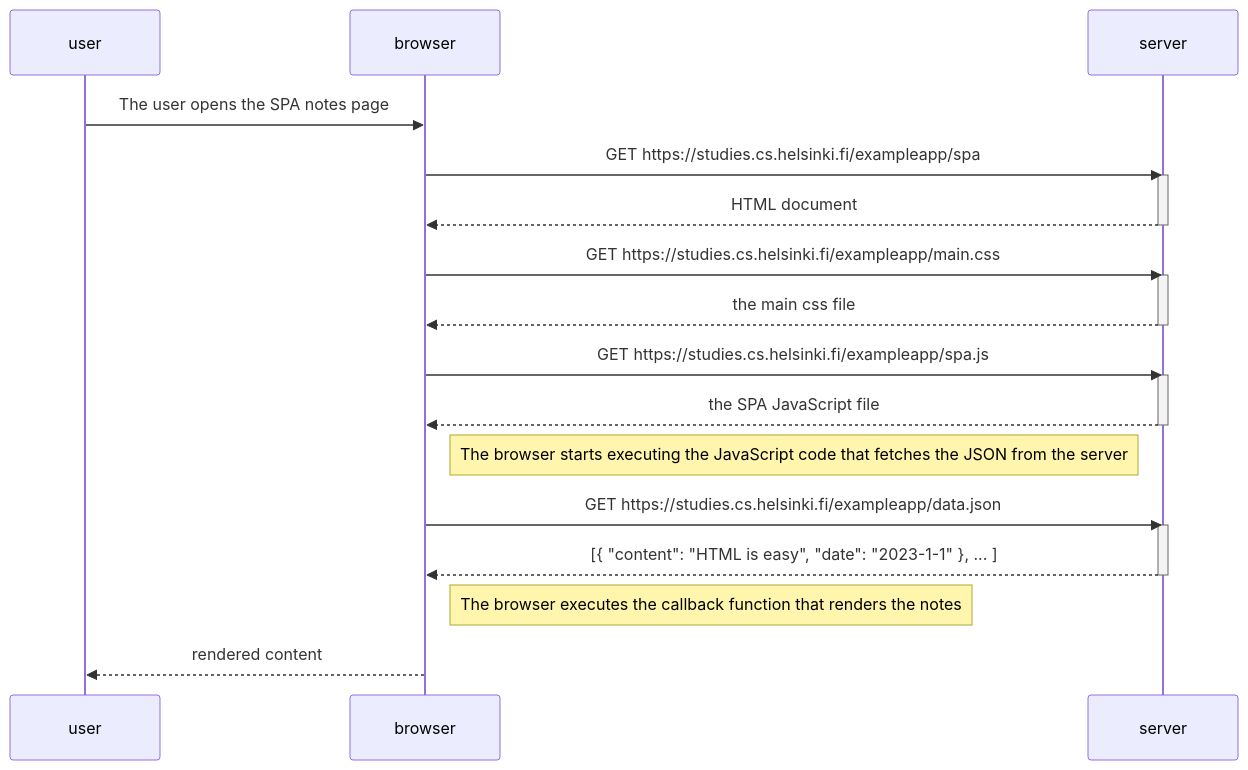
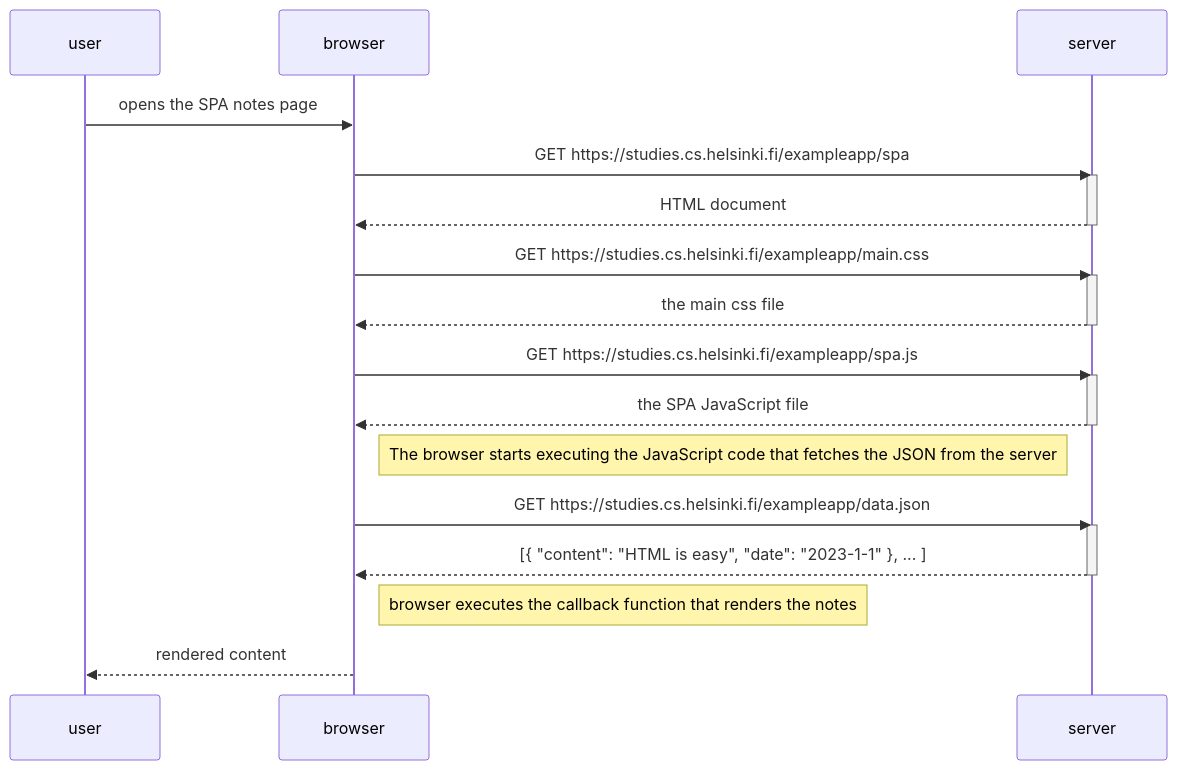
One commit to Kovshan/fullstackopen-exercises changed the diagram in part0/0.5-single-page-app-diagram.md. Above: the diagram before and after it, drawn with Mermaid. The commit also changed 2 other files, not shown here.

Commit message:
docs: Fix Part 0 diagrams (0.4, 0.5 and 0.6)

````diff
--- a/part0/0.5-single-page-app-diagram.md
+++ b/part0/0.5-single-page-app-diagram.md
@@ -1,34 +1,34 @@
 ```mermaid
 sequenceDiagram
     participant user
     participant browser
     participant server
 
-    user->>browser: The user opens the SPA notes page
+    user->>browser: opens the SPA notes page
 
     browser->>server: GET https://studies.cs.helsinki.fi/exampleapp/spa
     activate server
     server-->>browser: HTML document
     deactivate server
 
     browser->>server: GET https://studies.cs.helsinki.fi/exampleapp/main.css
     activate server
     server-->>browser: the main css file
     deactivate server
 
     browser->>server: GET https://studies.cs.helsinki.fi/exampleapp/spa.js
     activate server
     server-->>browser: the SPA JavaScript file
     deactivate server
 
     Note right of browser: The browser starts executing the JavaScript code that fetches the JSON from the server
 
     browser->>server: GET https://studies.cs.helsinki.fi/exampleapp/data.json
     activate server
     server-->>browser: [{ "content": "HTML is easy", "date": "2023-1-1" }, ... ]
     deactivate server
 
-    Note right of browser: The browser executes the callback function that renders the notes
+    Note right of browser: browser executes the callback function that renders the notes
 
     browser-->>user: rendered content
 ```
````
